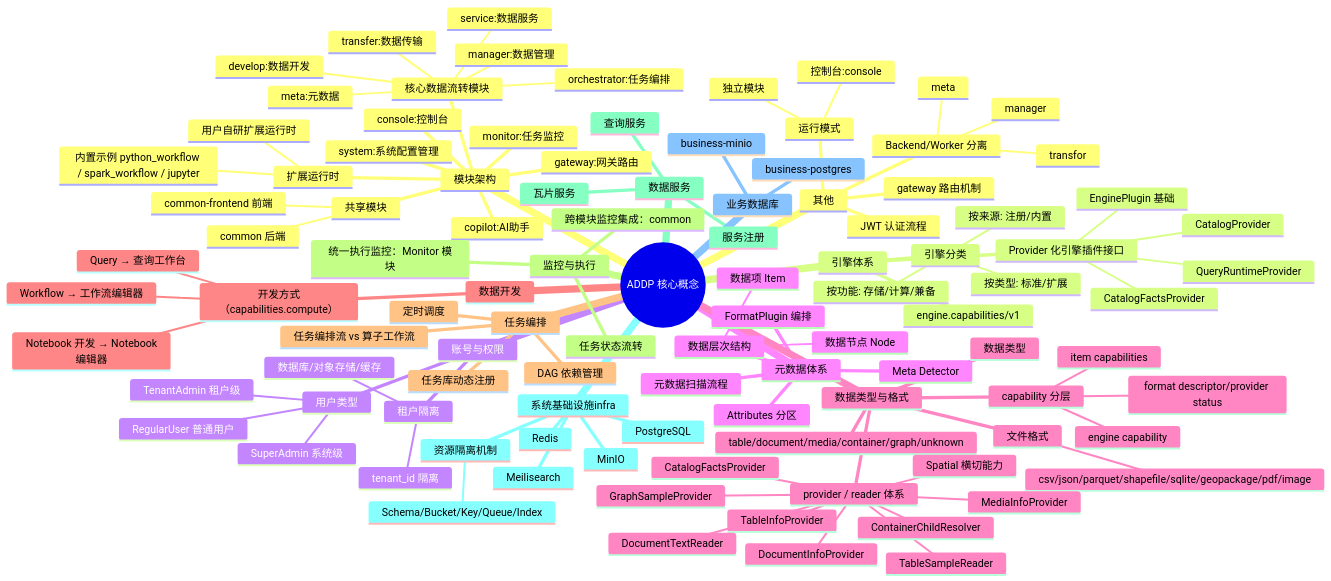
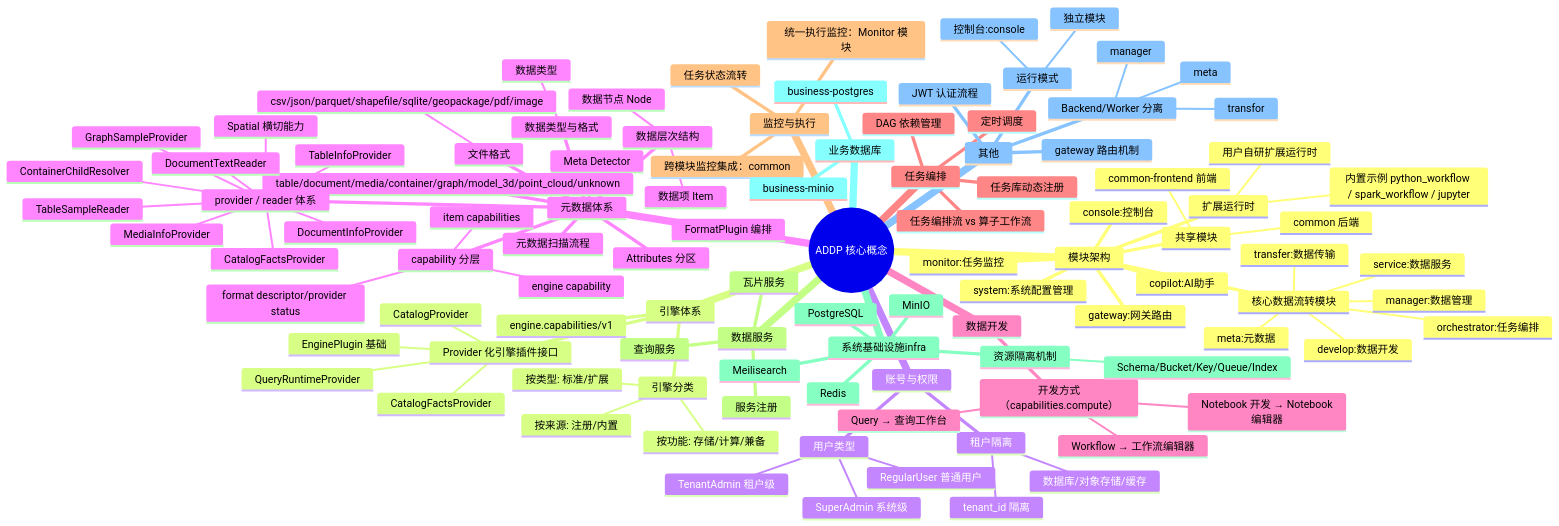
The first of 2 diagrams in docs/concepts/addp核心概念关系图.md (pampa0629/addp), drawn with Mermaid before and after one commit. The commit also changed 164 other files, not shown here.

```diff
--- a/docs/concepts/addp核心概念关系图.md
+++ b/docs/concepts/addp核心概念关系图.md
@@ -65,9 +65,9 @@
       Attributes 分区
       FormatPlugin 编排
       元数据扫描流程
-    数据类型与格式
-      数据类型
-      table/document/media/container/graph/unknown
+      数据类型与格式
+        数据类型
+      table/document/media/container/graph/model_3d/point_cloud/unknown
       文件格式
         csv/json/parquet/shapefile/sqlite/geopackage/pdf/image
       capability 分层
```
